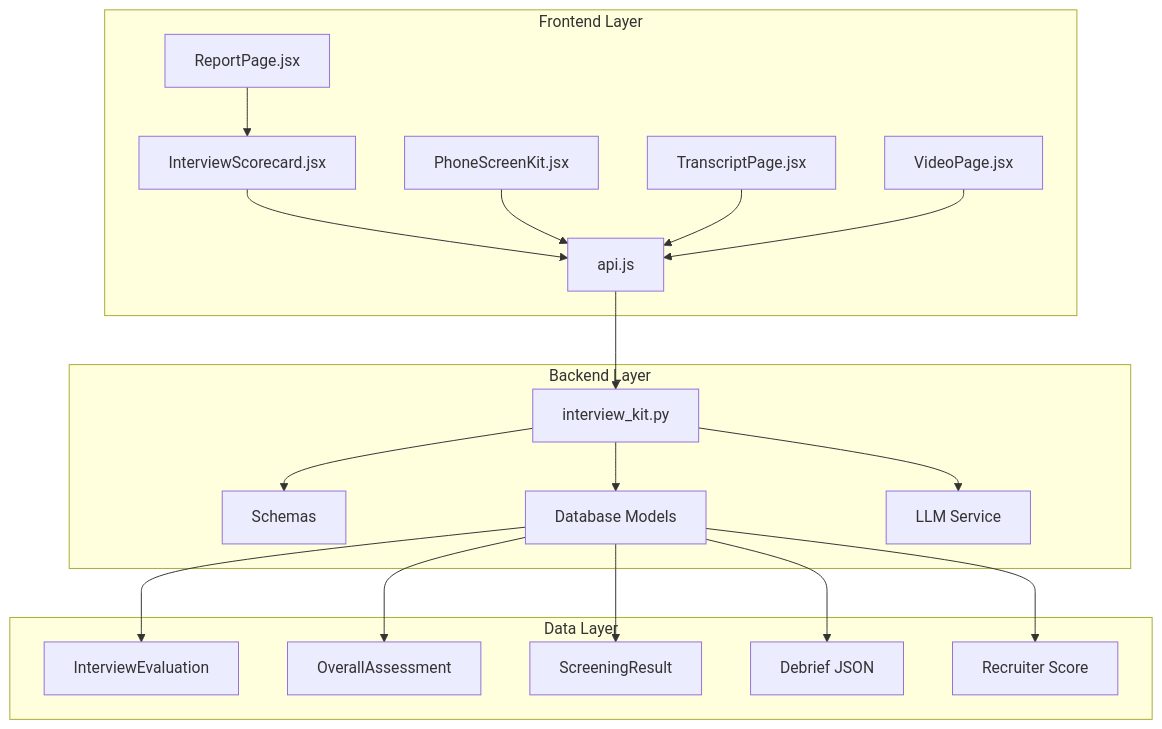
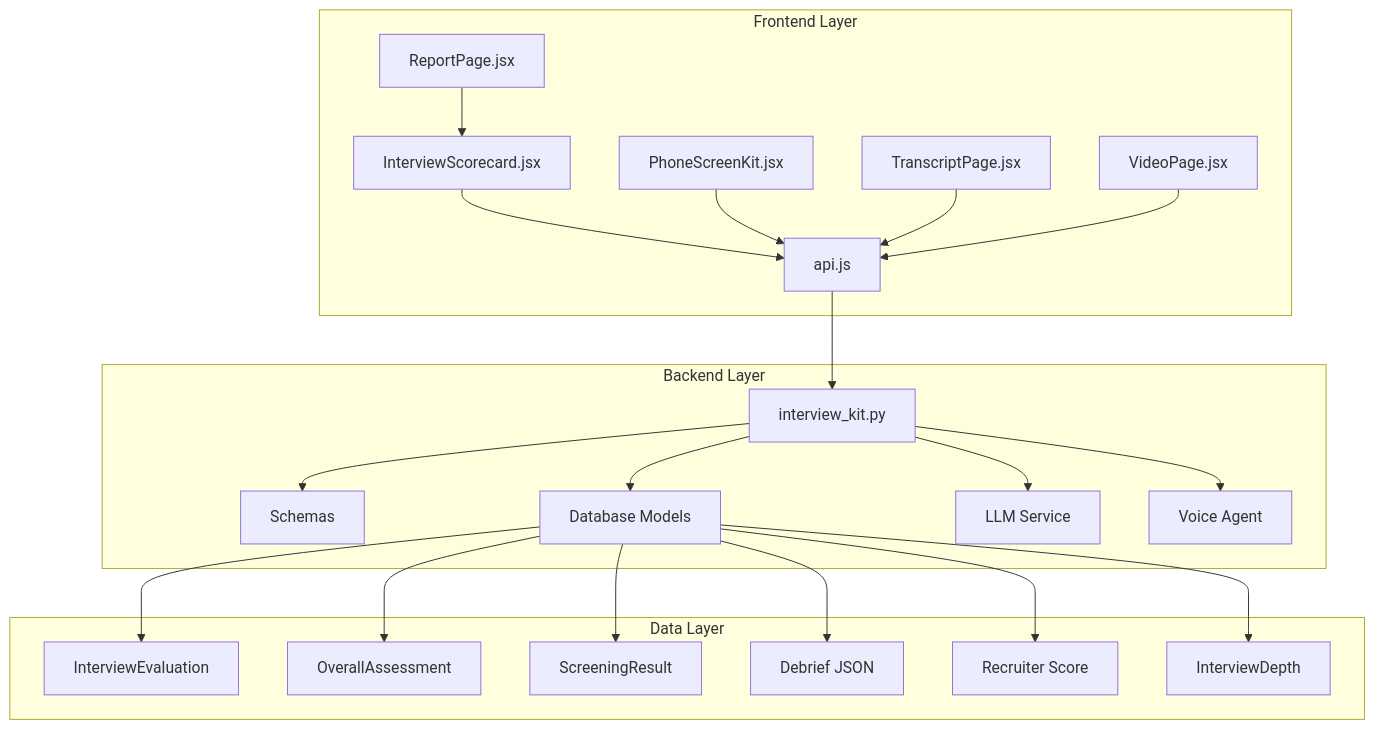
One commit to Revanththetalogics/aireume changed the first of 12 diagrams in .qoder/repowiki/en/content/Frontend Architecture/Component Library/Interview Scorecard Component.md. Above: the diagram before and after it, drawn with Mermaid. The commit also changed other lines of this file and 32 other files, not shown here.

````diff
--- a/.qoder/repowiki/en/content/Frontend Architecture/Component Library/Interview Scorecard Component.md
+++ b/.qoder/repowiki/en/content/Frontend Architecture/Component Library/Interview Scorecard Component.md
@@ -59,38 +63,42 @@
 ```mermaid
 graph TB
 subgraph "Frontend Layer"
 IS[InterviewScorecard.jsx]
 PSK[PhoneScreenKit.jsx]
 TP[TranscriptPage.jsx]
 VP[VideoPage.jsx]
 RP[ReportPage.jsx]
 API[api.js]
 end
 subgraph "Backend Layer"
 IK[interview_kit.py]
 SC[Schemas]
 DB[Database Models]
 LLM[LLM Service]
+VA[Voice Agent]
 end
 subgraph "Data Layer"
 IE[InterviewEvaluation]
 OA[OverallAssessment]
 SR[ScreeningResult]
 DBJ[Debrief JSON]
 RS[Recruiter Score]
+ID[InterviewDepth]
 end
 IS --> API
 PSK --> API
 TP --> API
 VP --> API
 RP --> IS
 API --> IK
 IK --> SC
 IK --> DB
 IK --> LLM
+IK --> VA
 DB --> IE
 DB --> OA
 DB --> SR
 DB --> DBJ
 DB --> RS
+DB --> ID
 ```
````
